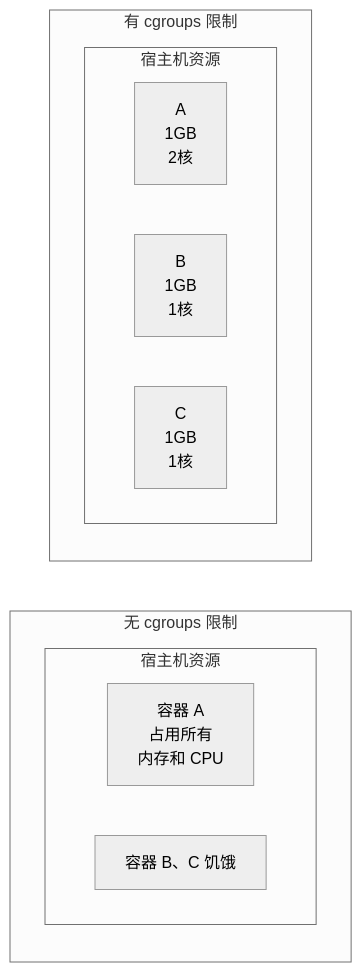
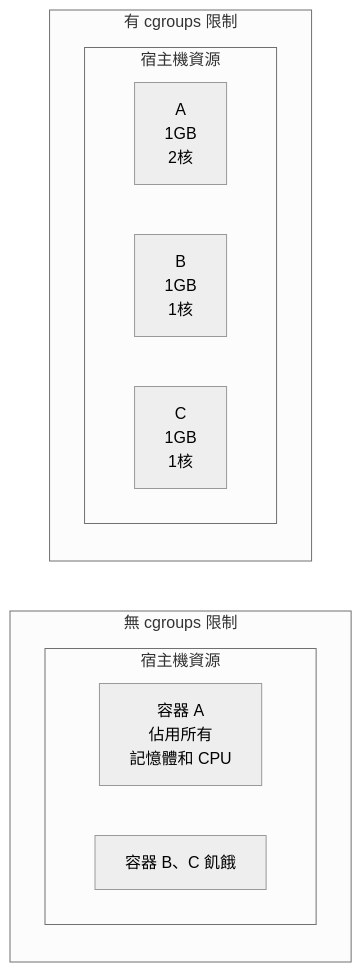
The diagram in 12_implementation/12.3_cgroups.md (alexkuoecity/docker-practice-master-zh-tw), drawn with Mermaid (neutral theme) before and after one commit. The commit also changed other lines of this file and 200 other files, not shown here.

````diff
--- a/12_implementation/12.3_cgroups.md
+++ b/12_implementation/12.3_cgroups.md
@@ -11,20 +11,20 @@
 ```mermaid
 flowchart LR
-    subgraph NoLimit ["无 cgroups 限制"]
+    subgraph NoLimit ["無 cgroups 限制"]
         direction TB
-        subgraph HostRes1 ["宿主机资源"]
-            A["容器 A<br/>占用所有<br/>内存和 CPU"]
-            B["容器 B、C 饥饿"]
+        subgraph HostRes1 ["宿主機資源"]
+            A["容器 A<br/>佔用所有<br/>記憶體和 CPU"]
+            B["容器 B、C 飢餓"]
         end
     end
 
     subgraph Limit ["有 cgroups 限制"]
         direction TB
-        subgraph HostRes2 ["宿主机资源"]
+        subgraph HostRes2 ["宿主機資源"]
             direction LR
             C_A["A<br/>1GB<br/>2核"]
             C_B["B<br/>1GB<br/>1核"]
             C_C["C<br/>1GB<br/>1核"]
         end
     end
 ```
````
